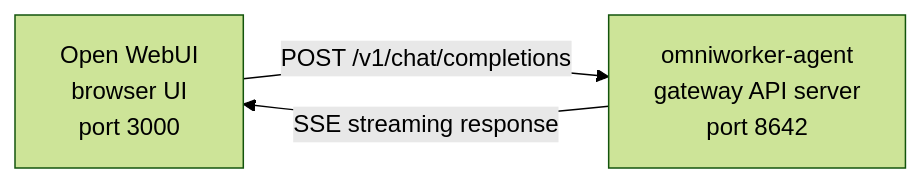
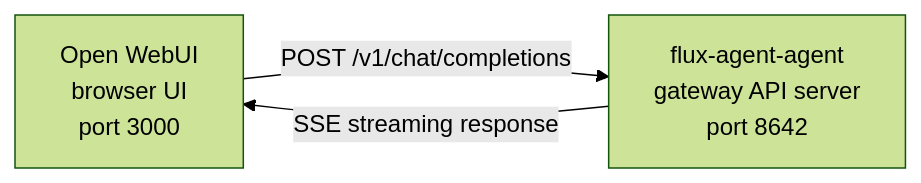
Before and after one commit to NLSARCOS/omniworker-b2b: the diagram in omniworker-agent/website/docs/user-guide/messaging/open-webui.md, drawn with Mermaid (forest theme). The commit also changed other lines of this file and 1982 other files, not shown here.

````diff
--- a/omniworker-agent/website/docs/user-guide/messaging/open-webui.md
+++ b/omniworker-agent/website/docs/user-guide/messaging/open-webui.md
@@ -13,7 +13,7 @@
 ```mermaid
 flowchart LR
     A["Open WebUI<br/>browser UI<br/>port 3000"]
-    B["omniworker-agent<br/>gateway API server<br/>port 8642"]
+    B["flux-agent-agent<br/>gateway API server<br/>port 8642"]
     A -->|POST /v1/chat/completions| B
     B -->|SSE streaming response| A
 ```
````
